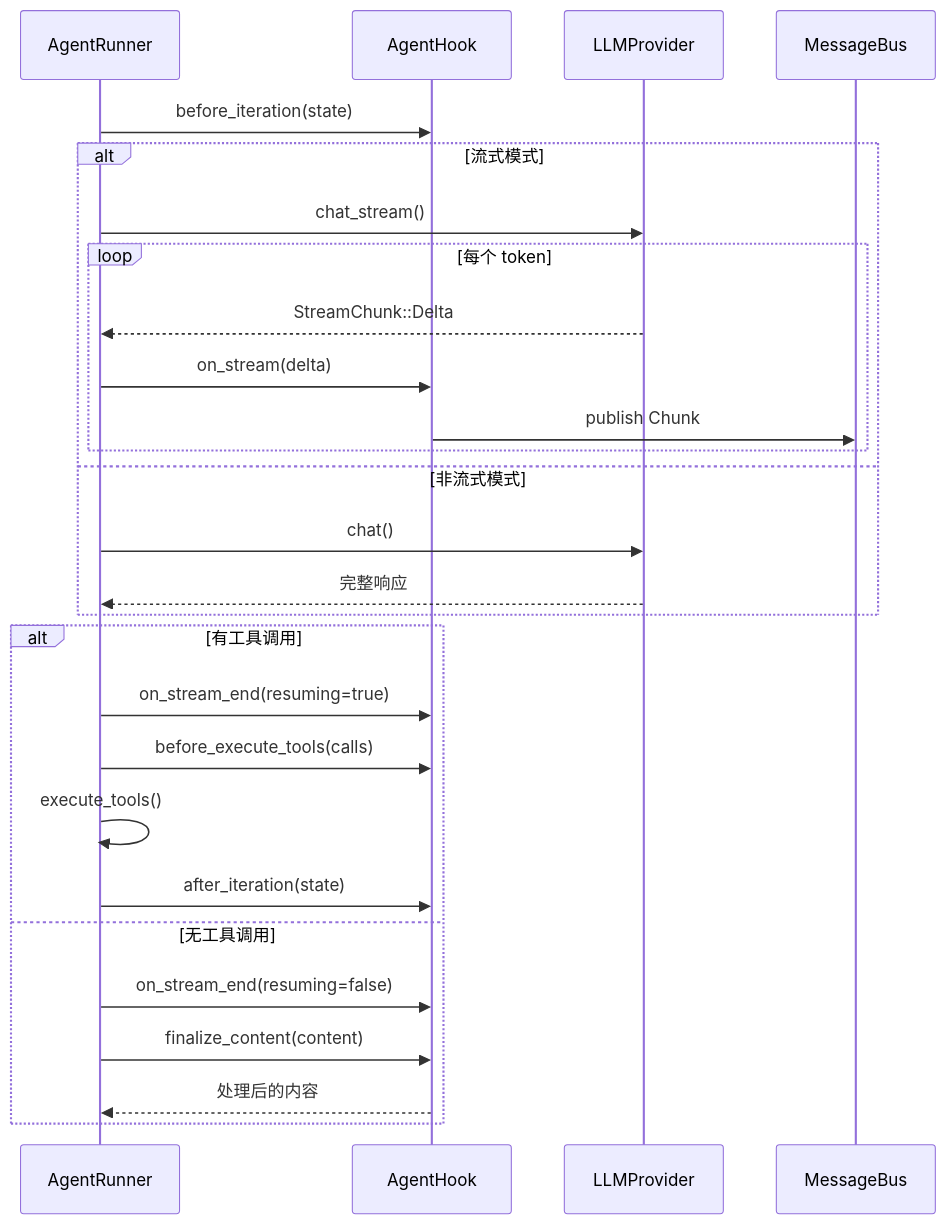
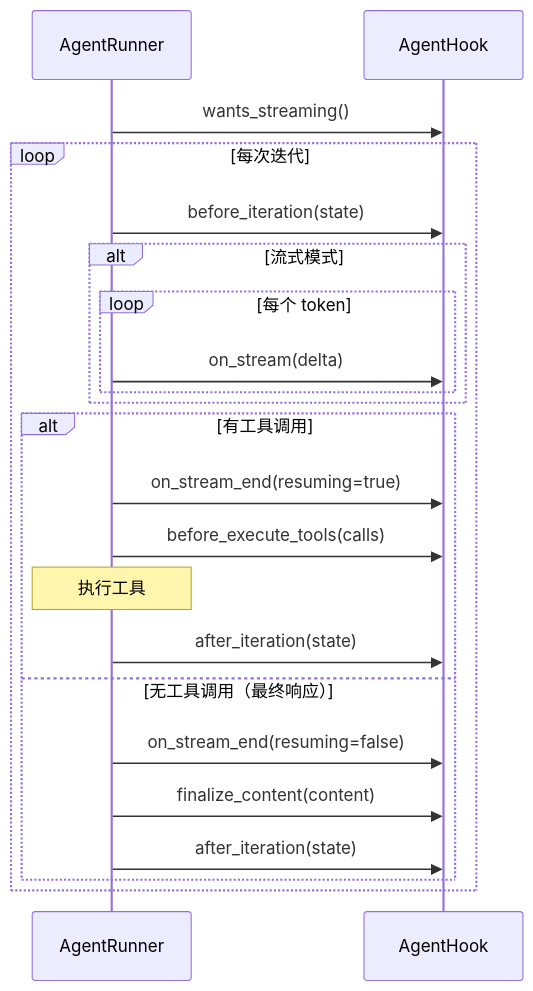
One commit to zhuxining/MindClaw changed the diagram in docs/design/architecture/03.04-agent-hook.md. Above: the diagram before and after it, drawn with Mermaid. The commit also changed other lines of this file and 57 other files, not shown here.

First line of the commit message:
docs(architecture): restructure agent architecture documentation

````diff
--- a/docs/design/architecture/03.04-agent-hook.md
+++ b/docs/design/architecture/03.04-agent-hook.md
@@ -127,32 +65,25 @@
 ```mermaid
 sequenceDiagram
-    participant R as AgentRunner
-    participant H as AgentHook
-    participant P as LLMProvider
-    participant B as MessageBus
-    
-    R->>H: before_iteration(state)
-    
-    alt 流式模式
-        R->>P: chat_stream()
-        loop 每个 token
-            P-->>R: StreamChunk::Delta
-            R->>H: on_stream(delta)
-            H->>B: publish Chunk
+    participant Runner as AgentRunner
+    participant Hook as AgentHook
+
+    Runner->>Hook: wants_streaming()
+    loop 每次迭代
+        Runner->>Hook: before_iteration(state)
+        alt 流式模式
+            loop 每个 token
+                Runner->>Hook: on_stream(delta)
+            end
         end
-    else 非流式模式
-        R->>P: chat()
-        P-->>R: 完整响应
-    end
-    
-    alt 有工具调用
-        R->>H: on_stream_end(resuming=true)
-        R->>H: before_execute_tools(calls)
-        R->>R: execute_tools()
-        R->>H: after_iteration(state)
-    else 无工具调用
-        R->>H: on_stream_end(resuming=false)
-        R->>H: finalize_content(content)
-        H-->>R: 处理后的内容
+        alt 有工具调用
+            Runner->>Hook: on_stream_end(resuming=true)
+            Runner->>Hook: before_execute_tools(calls)
+            Note over Runner: 执行工具
+            Runner->>Hook: after_iteration(state)
+        else 无工具调用（最终响应）
+            Runner->>Hook: on_stream_end(resuming=false)
+            Runner->>Hook: finalize_content(content)
+            Runner->>Hook: after_iteration(state)
+        end
     end
 ```
````
